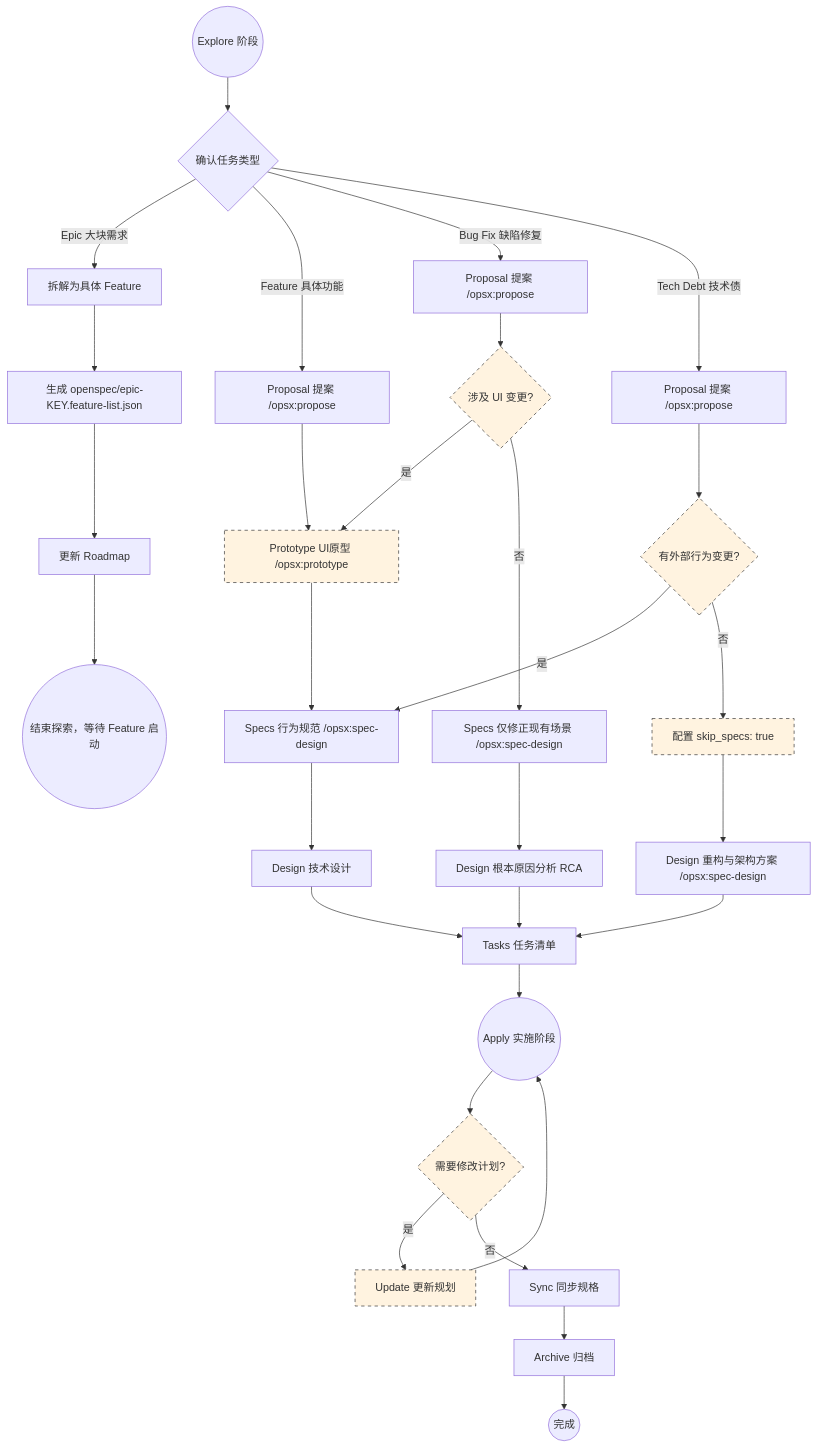
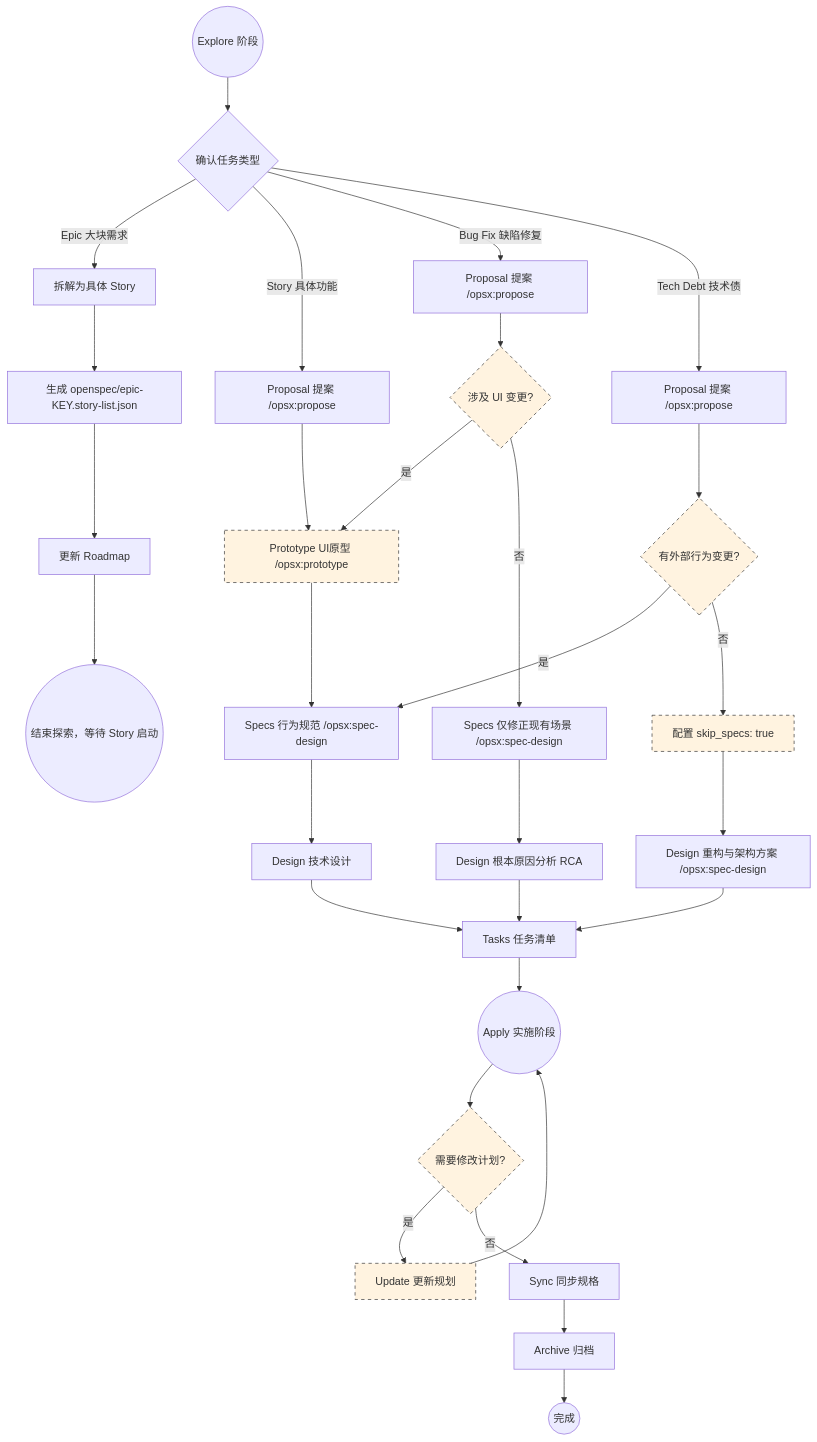
Before and after one commit to jkang/openspec-example: the diagram in docs/sops/sdd-workflow.md, drawn with Mermaid. The commit also changed other lines of this file and 23 other files, not shown here.

Commit message:
change feature to story in specflow

````diff
--- a/docs/sops/sdd-workflow.md
+++ b/docs/sops/sdd-workflow.md
@@ -12,47 +12,47 @@
 ```mermaid
 graph TD
     Start((Explore 阶段)) --> Type{确认任务类型}
 
     %% Epic 分支
-    Type -->|Epic 大块需求| Epic_Split[拆解为具体 Feature]
-    Epic_Split --> Epic_Backlog[生成 openspec/epic-KEY.feature-list.json]
+    Type -->|Epic 大块需求| Epic_Split[拆解为具体 Story]
+    Epic_Split --> Epic_Backlog[生成 openspec/epic-KEY.story-list.json]
     Epic_Backlog --> Epic_Roadmap[更新 Roadmap]
-    Epic_Roadmap --> End_Epic((结束探索，等待 Feature 启动))
+    Epic_Roadmap --> End_Epic((结束探索，等待 Story 启动))
 
-    %% Feature 分支
-    Type -->|Feature 具体功能| F_Prop[Proposal 提案 /opsx:propose]
+    %% Story 分支
+    Type -->|Story 具体功能| F_Prop[Proposal 提案 /opsx:propose]
     F_Prop --> F_Proto[Prototype UI原型 /opsx:prototype]
     F_Proto --> F_Spec[Specs 行为规范 /opsx:spec-design]
     F_Spec --> F_Des[Design 技术设计]
     F_Des --> Tasks[Tasks 任务清单]
 
     %% Bug Fix 分支
     Type -->|Bug Fix 缺陷修复| B_Prop[Proposal 提案 /opsx:propose]
     B_Prop --> B_UI{涉及 UI 变更?}
     B_UI -->|是| F_Proto
     B_UI -->|否| B_Spec[Specs 仅修正现有场景 /opsx:spec-design]
     B_Spec --> B_Des[Design 根本原因分析 RCA]
     B_Des --> Tasks
 
     %% Tech Debt 分支
     Type -->|Tech Debt 技术债| T_Prop[Proposal 提案 /opsx:propose]
     T_Prop --> T_Spec{有外部行为变更?}
     T_Spec -->|是| F_Spec
     T_Spec -->|否| T_Skip[配置 skip_specs: true]
     T_Skip --> T_Des[Design 重构与架构方案 /opsx:spec-design]
     T_Des --> Tasks
 
     Tasks --> Apply((Apply 实施阶段))
     
     Apply --> Update_Opt{需要修改计划?}
     Update_Opt -->|是| Update[Update 更新规划]
     Update --> Apply
     Update_Opt -->|否| Sync[Sync 同步规格]
     
     Sync --> Archive[Archive 归档]
     Archive --> Done((完成))
     
     classDef mandatory fill:#e1f5fe,stroke:#333,stroke-width:2px;
     classDef optional fill:#fff3e0,stroke:#333,stroke-width:1px,stroke-dasharray: 5 5;
     class F_Proto,B_UI,T_Spec,T_Skip,Update_Opt,Update optional;
 ```
````
